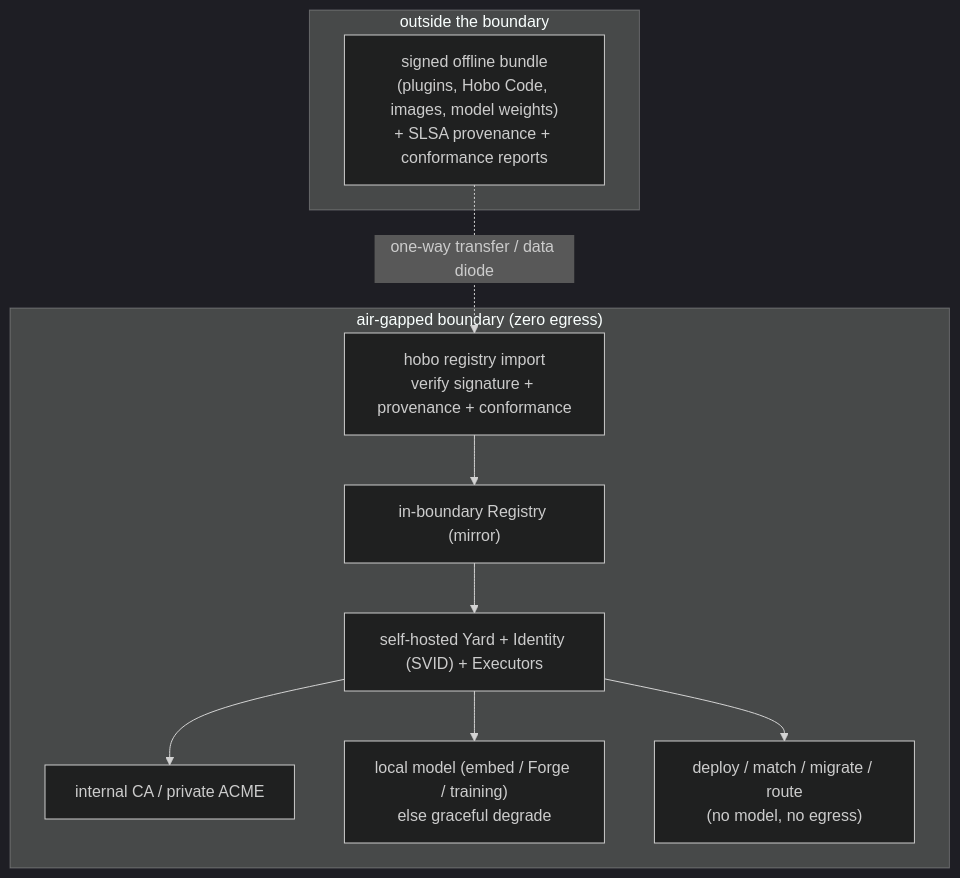
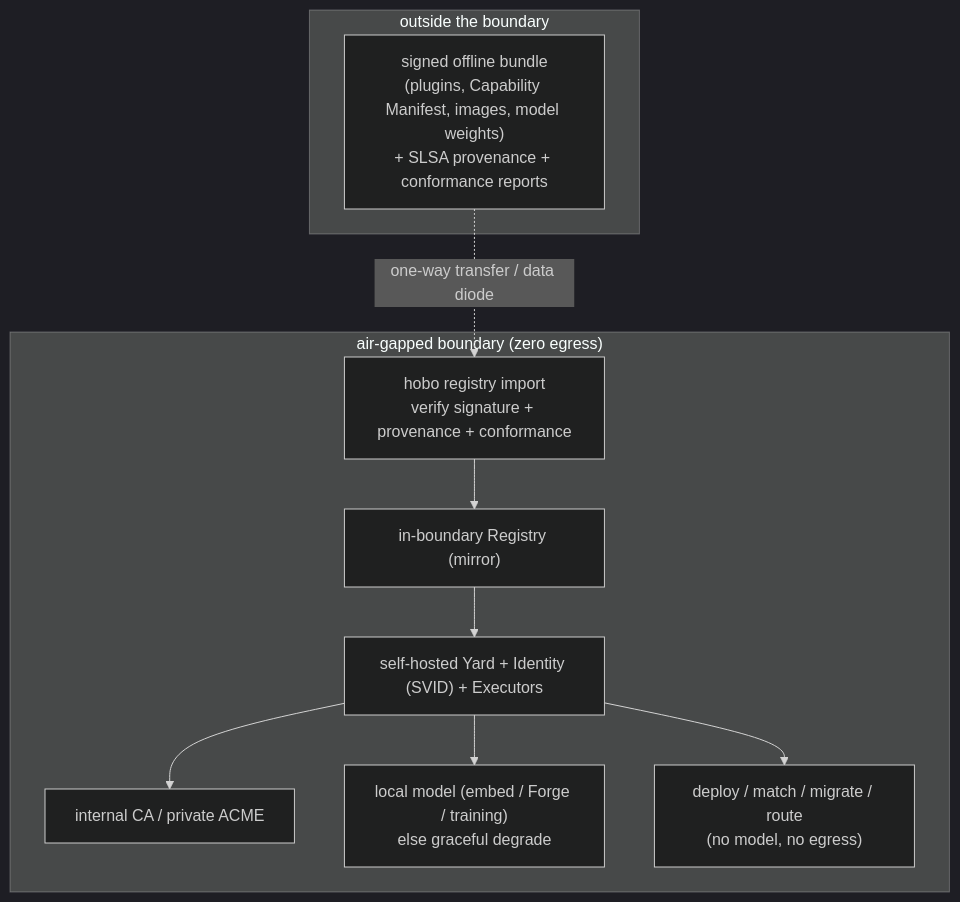
Before and after one commit to Tyler-R-Kendrick/HoBo: the second of 2 diagrams in docs/design/28-agent-gitops-pipelines.md, drawn with Mermaid (dark theme). The commit also changed other lines of this file and 70 other files, not shown here.

First line of the commit message:
docs(design): purge "worlds", rename Circuit→Junction, reserve "Hobo Code" for a DSL

````diff
--- a/docs/design/28-agent-gitops-pipelines.md
+++ b/docs/design/28-agent-gitops-pipelines.md
@@ -32,20 +32,20 @@
 ```mermaid
 flowchart TD
   subgraph OUT["outside the boundary"]
-    BUNDLE["signed offline bundle<br/>(plugins, Hobo Code, images, model weights)<br/>+ SLSA provenance + conformance reports"]
+    BUNDLE["signed offline bundle<br/>(plugins, Capability Manifest, images, model weights)<br/>+ SLSA provenance + conformance reports"]
   end
   subgraph BND["air-gapped boundary (zero egress)"]
     IMP["hobo registry import<br/>verify signature + provenance + conformance"]
     REG["in-boundary Registry (mirror)"]
     YARD["self-hosted Yard + Identity (SVID) + Executors"]
     CA["internal CA / private ACME"]
     MODEL["local model (embed / Forge / training)<br/>else graceful degrade"]
     APP["deploy / match / migrate / route<br/>(no model, no egress)"]
   end
   BUNDLE -. one-way transfer / data diode .-> IMP
   IMP --> REG
   REG --> YARD
   YARD --> APP
   YARD --> CA
   YARD --> MODEL
 ```
````
